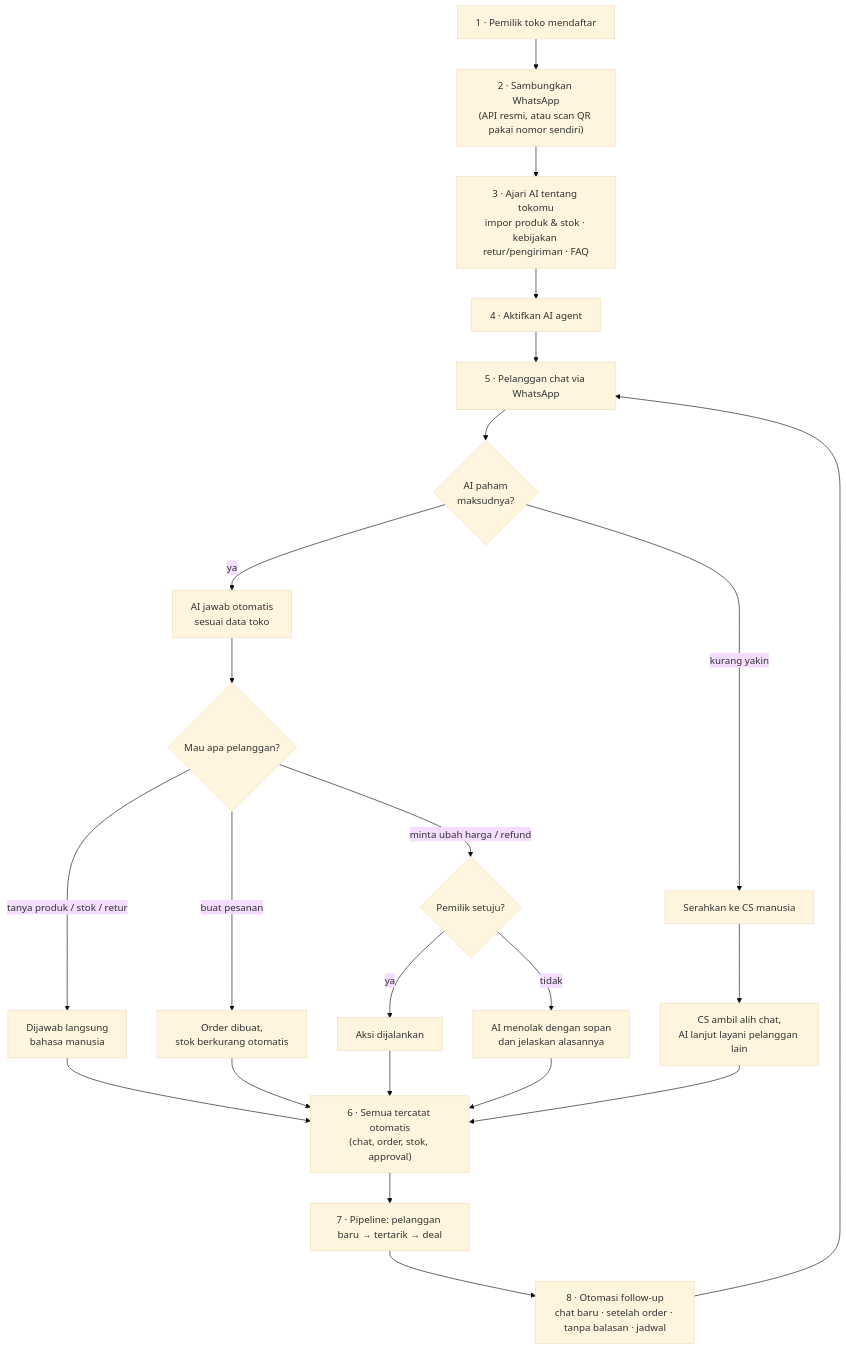
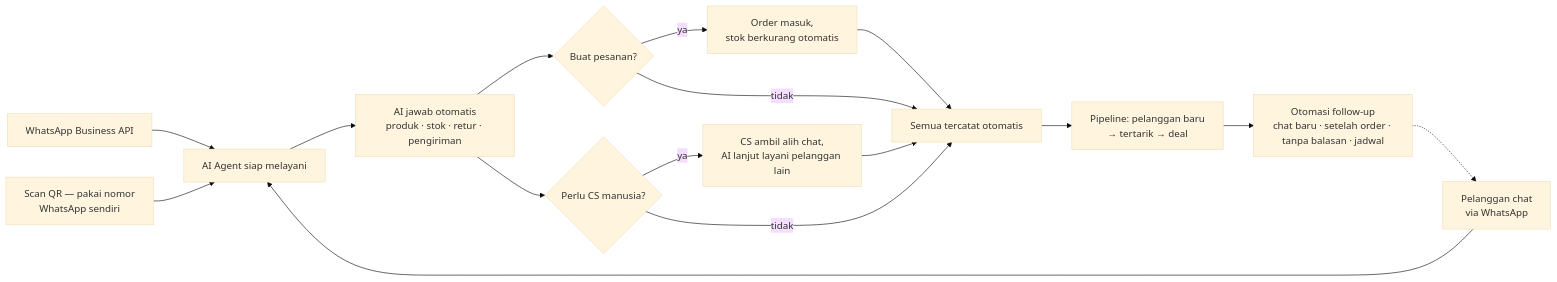
One commit to ourcaldo/csq changed the diagram in docs/2026-09-19-csq-flow-diagram.md. Above: the diagram before and after it, drawn with Mermaid (base theme). The commit also changed other lines of this file and 1 other file, not shown here.

Commit message:
docs: csq-flow landscape — WAB API/QR branches, drop signup + price-change case

````diff
--- a/docs/2026-09-19-csq-flow-diagram.md
+++ b/docs/2026-09-19-csq-flow-diagram.md
@@ -6,32 +6,20 @@
 ```mermaid
-flowchart TD
-    A["1 · Pemilik toko mendaftar"] --> B["2 · Sambungkan WhatsApp<br/>(API resmi, atau scan QR pakai nomor sendiri)"]
-    B --> C["3 · Ajari AI tentang tokomu<br/>impor produk & stok · kebijakan retur/pengiriman · FAQ"]
-    C --> D["4 · Aktifkan AI agent"]
+flowchart LR
+    W1["WhatsApp Business API"] --> S["AI Agent siap melayani"]
+    W2["Scan QR — pakai nomor<br/>WhatsApp sendiri"] --> S
 
-    D --> E["5 · Pelanggan chat via WhatsApp"]
-    E --> F{"AI paham<br/>maksudnya?"}
+    C["Pelanggan chat<br/>via WhatsApp"] --> S
 
-    F -- "ya" --> G["AI jawab otomatis<br/>sesuai data toko"]
-    F -- "kurang yakin" --> H["Serahkan ke CS manusia"]
-
-    G --> I{"Mau apa pelanggan?"}
-    I -- "tanya produk / stok / retur" --> J["Dijawab langsung<br/>bahasa manusia"]
-    I -- "buat pesanan" --> K["Order dibuat,<br/>stok berkurang otomatis"]
-    I -- "minta ubah harga / refund" --> L{"Pemilik setuju?"}
-
-    L -- "ya" --> M["Aksi dijalankan"]
-    L -- "tidak" --> N["AI menolak dengan sopan<br/>dan jelaskan alasannya"]
-
-    H --> O["CS ambil alih chat,<br/>AI lanjut layani pelanggan lain"]
-
-    J --> P["6 · Semua tercatat otomatis<br/>(chat, order, stok, approval)"]
-    K --> P
-    M --> P
-    N --> P
-    O --> P
-
-    P --> Q["7 · Pipeline: pelanggan baru → tertarik → deal"]
-    Q --> R["8 · Otomasi follow-up<br/>chat baru · setelah order · tanpa balasan · jadwal"]
-    R --> E
+    S --> A["AI jawab otomatis<br/>produk · stok · retur · pengiriman"]
+    A --> B{"Buat pesanan?"}
+    B -- "ya" --> D["Order masuk,<br/>stok berkurang otomatis"]
+    B -- "tidak" --> R
+    A --> E{"Perlu CS manusia?"}
+    E -- "ya" --> F["CS ambil alih chat,<br/>AI lanjut layani pelanggan lain"]
+    E -- "tidak" --> R["Semua tercatat otomatis"]
+    D --> R
+    F --> R
+    R --> G["Pipeline: pelanggan baru<br/>→ tertarik → deal"]
+    G --> H["Otomasi follow-up<br/>chat baru · setelah order · tanpa balasan · jadwal"]
+    H -.-> C
 ```
````
